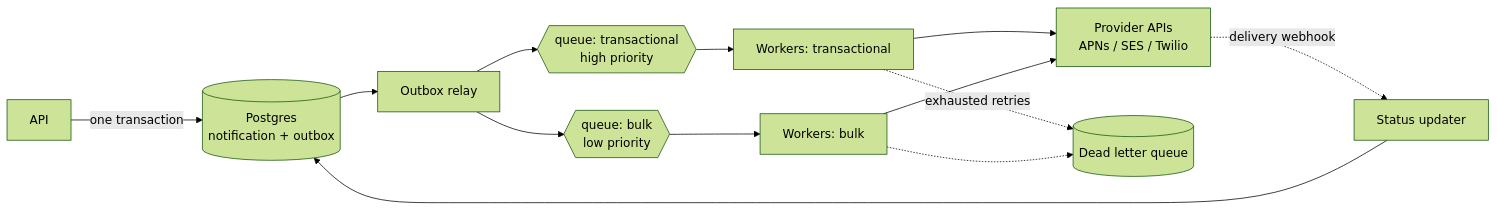
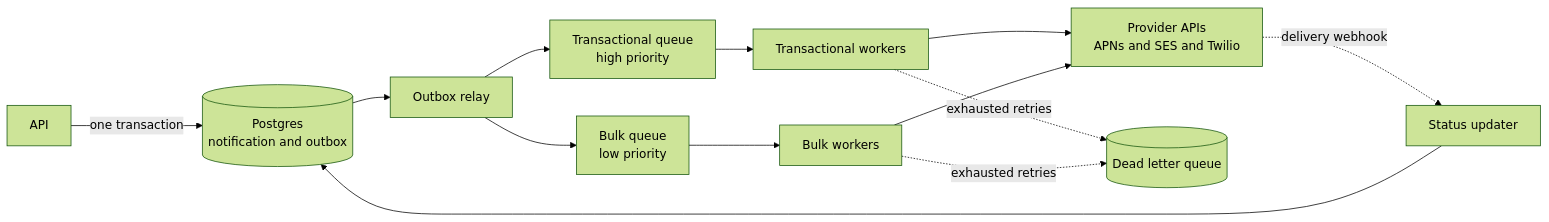
One commit to starjustice/research-material changed the third of 3 diagrams in notes/advanced-interview/system-design-step-by-step-walkthrough.md. Above: the diagram before and after it, drawn with Mermaid (forest theme). The commit also changed other lines of this file and 7 other files, not shown here.

First line of the commit message:
Fix links and docs after moving advanced notes; rewrite Mermaid diagrams

````diff
--- a/notes/advanced-interview/system-design-step-by-step-walkthrough.md
+++ b/notes/advanced-interview/system-design-step-by-step-walkthrough.md
@@ -342,14 +342,15 @@
 ```mermaid
-flowchart LR
-    API[API] -->|one transaction| DB[("Postgres<br/>notification + outbox")]
-    DB --> REL[Outbox relay]
-    REL --> QH{{"queue: transactional<br/>high priority"}}
-    REL --> QL{{"queue: bulk<br/>low priority"}}
-    QH --> WH[Workers: transactional]
-    QL --> WL[Workers: bulk]
-    WH --> P[Provider APIs<br/>APNs / SES / Twilio]
+graph LR
+    API["API"] -->|one transaction| DB[("Postgres<br/>notification and outbox")]
+    DB --> REL["Outbox relay"]
+    REL --> QH["Transactional queue<br/>high priority"]
+    REL --> QL["Bulk queue<br/>low priority"]
+    QH --> WH["Transactional workers"]
+    QL --> WL["Bulk workers"]
+    WH --> P["Provider APIs<br/>APNs and SES and Twilio"]
     WL --> P
-    P -. delivery webhook .-> ST[Status updater] --> DB
-    WH -.->|exhausted retries| DLQ[(Dead letter queue)]
-    WL -.-> DLQ
+    P -.->|delivery webhook| ST["Status updater"]
+    ST --> DB
+    WH -.->|exhausted retries| DLQ[("Dead letter queue")]
+    WL -.->|exhausted retries| DLQ
 ```
````
